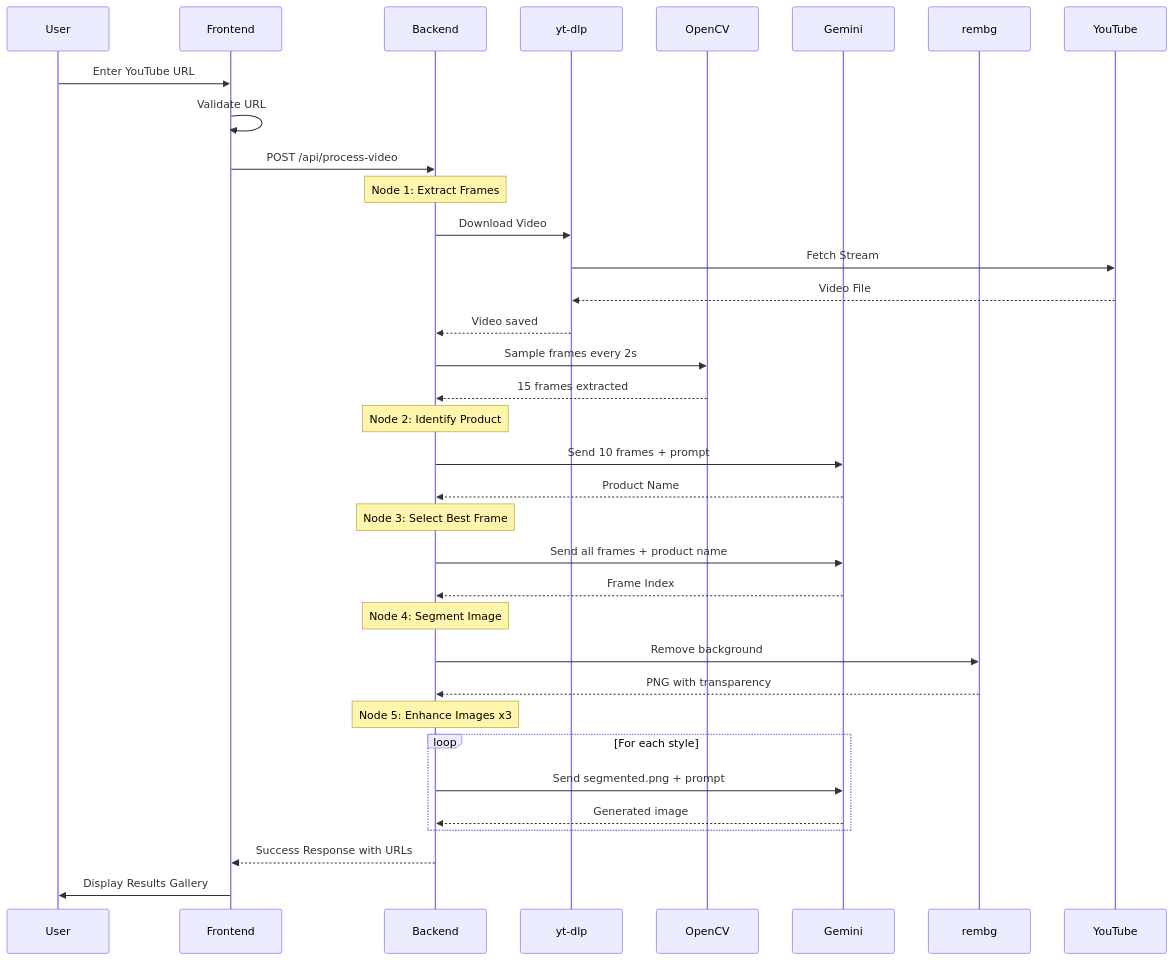
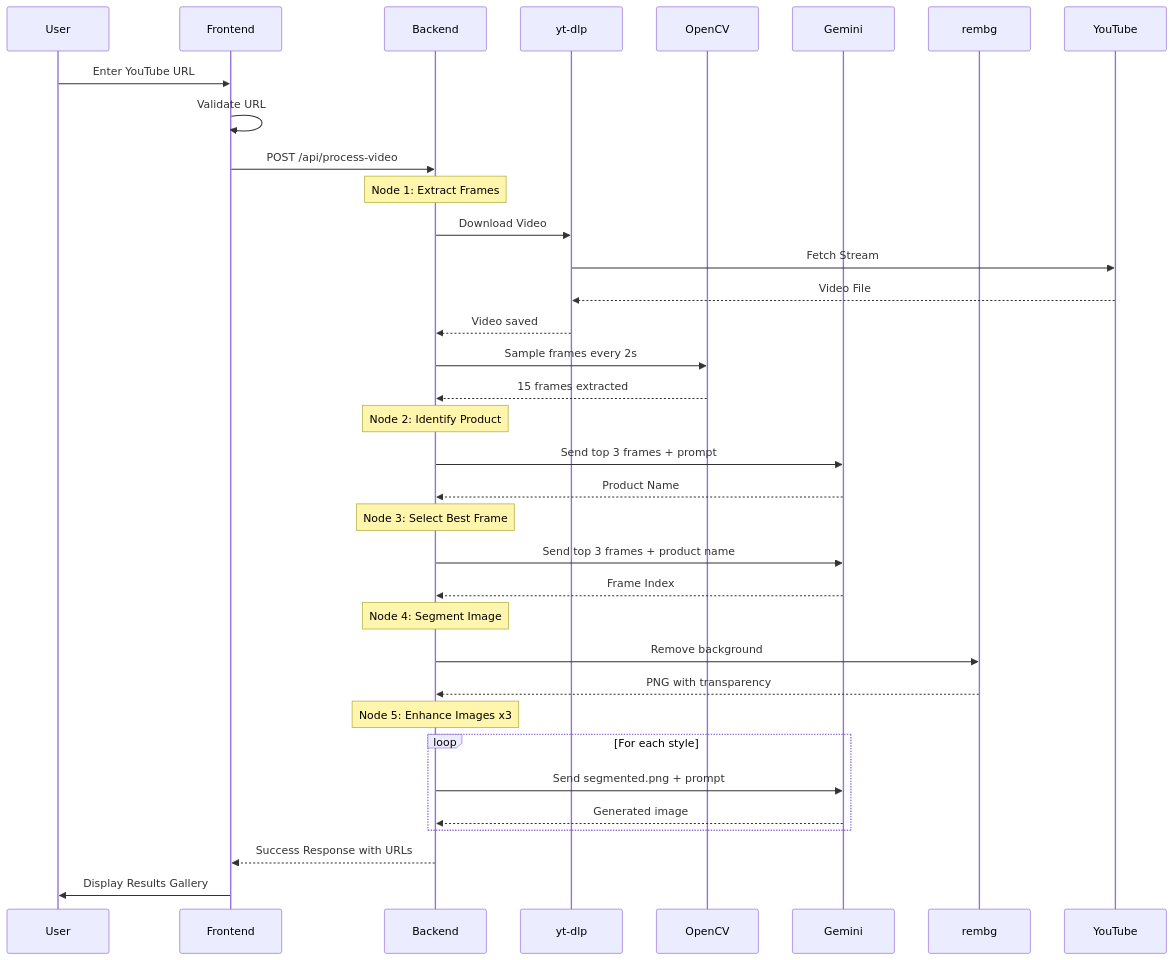
Before and after one commit to rajdesai17/ai-product-image: the second of 5 diagrams in docs/architecture-diagrams.md, drawn with Mermaid. The commit also changed other lines of this file, not shown here.

Commit message:
Update architecture diagrams to clarify the Gemini image processing workflow, including changes to frame selection, background removal, and image enhancement logic. Ensure documentation reflects the use of top frames and fallback mechanisms for improved reliability.

````diff
--- a/docs/architecture-diagrams.md
+++ b/docs/architecture-diagrams.md
@@ -106,43 +106,43 @@
 ```mermaid
 sequenceDiagram
     participant User
     participant Frontend
     participant Backend
     participant ytdlp as yt-dlp
     participant OpenCV
     participant Gemini
     participant rembg
     
     User->>Frontend: Enter YouTube URL
     Frontend->>Frontend: Validate URL
     Frontend->>Backend: POST /api/process-video
     
     Note over Backend: Node 1: Extract Frames
     Backend->>ytdlp: Download Video
     ytdlp->>YouTube: Fetch Stream
     YouTube-->>ytdlp: Video File
     ytdlp-->>Backend: Video saved
     Backend->>OpenCV: Sample frames every 2s
     OpenCV-->>Backend: 15 frames extracted
     
     Note over Backend: Node 2: Identify Product
-    Backend->>Gemini: Send 10 frames + prompt
+    Backend->>Gemini: Send top 3 frames + prompt
     Gemini-->>Backend: Product Name
     
     Note over Backend: Node 3: Select Best Frame
-    Backend->>Gemini: Send all frames + product name
+    Backend->>Gemini: Send top 3 frames + product name
     Gemini-->>Backend: Frame Index
     
     Note over Backend: Node 4: Segment Image
     Backend->>rembg: Remove background
     rembg-->>Backend: PNG with transparency
     
     Note over Backend: Node 5: Enhance Images x3
     loop For each style
         Backend->>Gemini: Send segmented.png + prompt
         Gemini-->>Backend: Generated image
     end
     
     Backend-->>Frontend: Success Response with URLs
     Frontend->>User: Display Results Gallery
 ```
````
